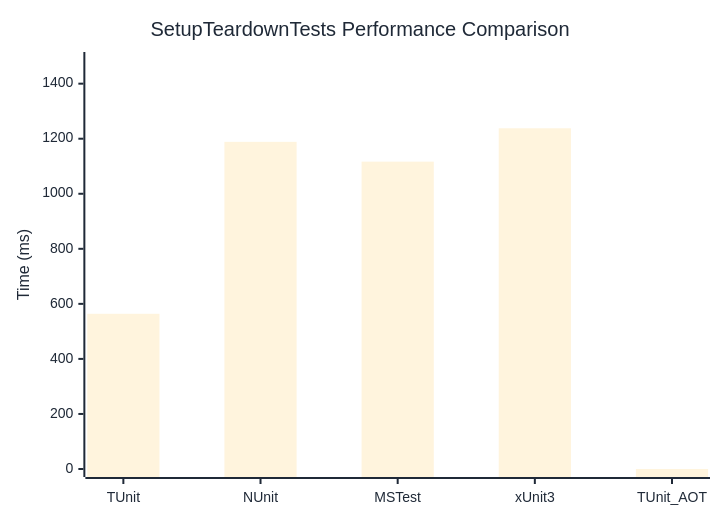
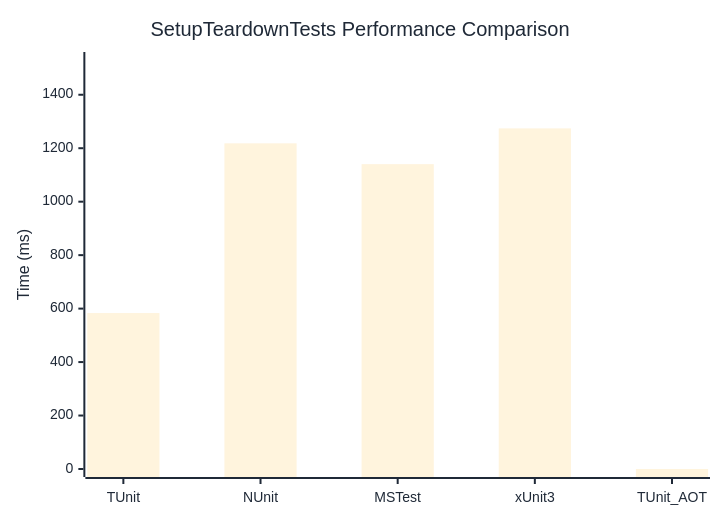
Before and after one commit to thomhurst/TUnit: the diagram in docs/docs/benchmarks/SetupTeardownTests.md, drawn with Mermaid. The commit also changed other lines of this file and 17 other files, not shown here.

````diff
--- a/docs/docs/benchmarks/SetupTeardownTests.md
+++ b/docs/docs/benchmarks/SetupTeardownTests.md
@@ -27,37 +27,37 @@
 ```mermaid
 %%{init: {
   'theme':'base',
   'themeVariables': {
     'primaryColor': '#2563eb',
     'primaryTextColor': '#1f2937',
     'primaryBorderColor': '#1e40af',
     'lineColor': '#6b7280',
     'secondaryColor': '#7c3aed',
     'tertiaryColor': '#dc2626',
     'background': '#ffffff',
     'mainBkg': '#2563eb',
     'secondBkg': '#7c3aed',
     'tertiaryBkg': '#dc2626',
     'clusterBkg': '#f3f4f6',
     'edgeLabelBackground': '#ffffff',
     'tertiaryTextColor': '#1f2937',
     'pie1': '#2563eb',
     'pie2': '#7c3aed',
     'pie3': '#dc2626',
     'pie4': '#f59e0b',
     'pie5': '#10b981',
     'pie6': '#06b6d4',
     'pie7': '#ec4899',
     'pie8': '#6366f1',
     'pie9': '#84cc16',
     'pie10': '#f97316',
     'pie11': '#14b8a6',
     'pie12': '#a855f7'
   }
 }}%%
 xychart-beta
   title "SetupTeardownTests Performance Comparison"
   x-axis ["TUnit", "NUnit", "MSTest", "xUnit3", "TUnit_AOT"]
-  y-axis "Time (ms)" 0 --> 1486
-  bar [563.9, 1188.6, 1116.7, 1237.9, 0]
+  y-axis "Time (ms)" 0 --> 1530
+  bar [583.4, 1218.3, 1140.4, 1274.2, 0]
 ```
````
